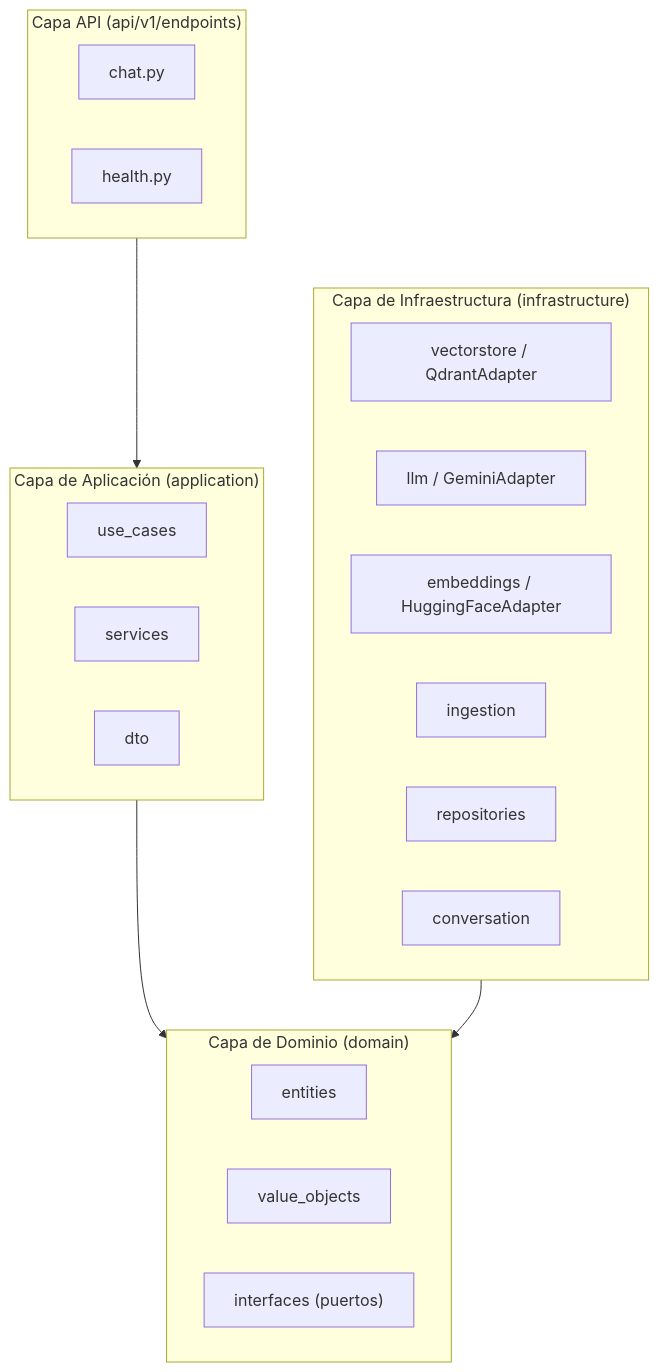
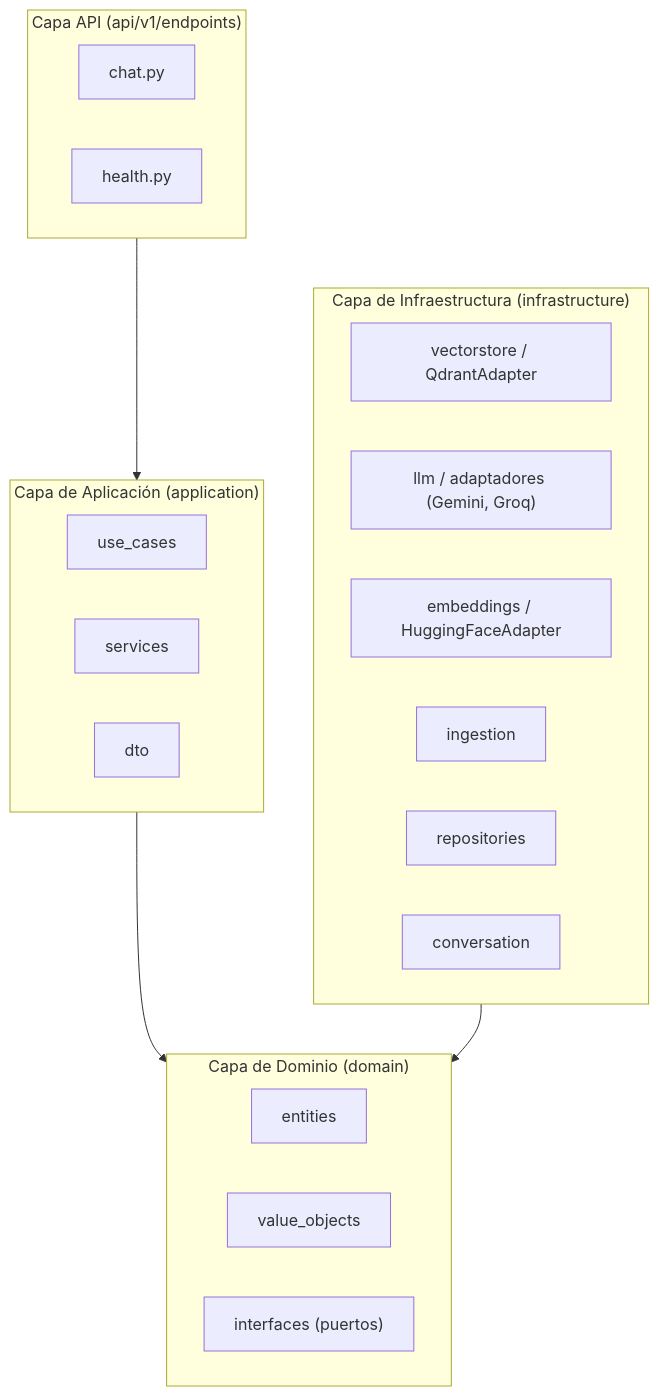
One commit to ScMateo/Arquitectura_RAG changed the first of 7 diagrams in docs/ARQUITECTURA_MODULAR.md. Above: the diagram before and after it, drawn with Mermaid. The commit also changed other lines of this file and 3 other files, not shown here.

Commit message:
docs: documentar proveedor Groq, cuota y seleccion LLM

````diff
--- a/docs/ARQUITECTURA_MODULAR.md
+++ b/docs/ARQUITECTURA_MODULAR.md
@@ -19,32 +19,32 @@
 ```mermaid
 flowchart TB
     subgraph API["Capa API (api/v1/endpoints)"]
         A1["chat.py"]
         A2["health.py"]
     end
 
     subgraph APP["Capa de Aplicación (application)"]
         B1["use_cases"]
         B2["services"]
         B3["dto"]
     end
 
     subgraph DOM["Capa de Dominio (domain)"]
         C1["entities"]
         C2["value_objects"]
         C3["interfaces (puertos)"]
     end
 
     subgraph INF["Capa de Infraestructura (infrastructure)"]
         D1["vectorstore / QdrantAdapter"]
-        D2["llm / GeminiAdapter"]
+        D2["llm / adaptadores (Gemini, Groq)"]
         D3["embeddings / HuggingFaceAdapter"]
         D4["ingestion"]
         D5["repositories"]
         D6["conversation"]
     end
 
     API --> APP
     APP --> DOM
     INF --> DOM
 ```
````
